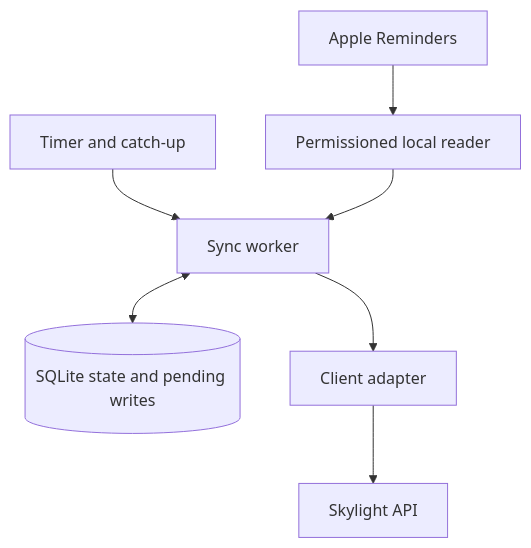
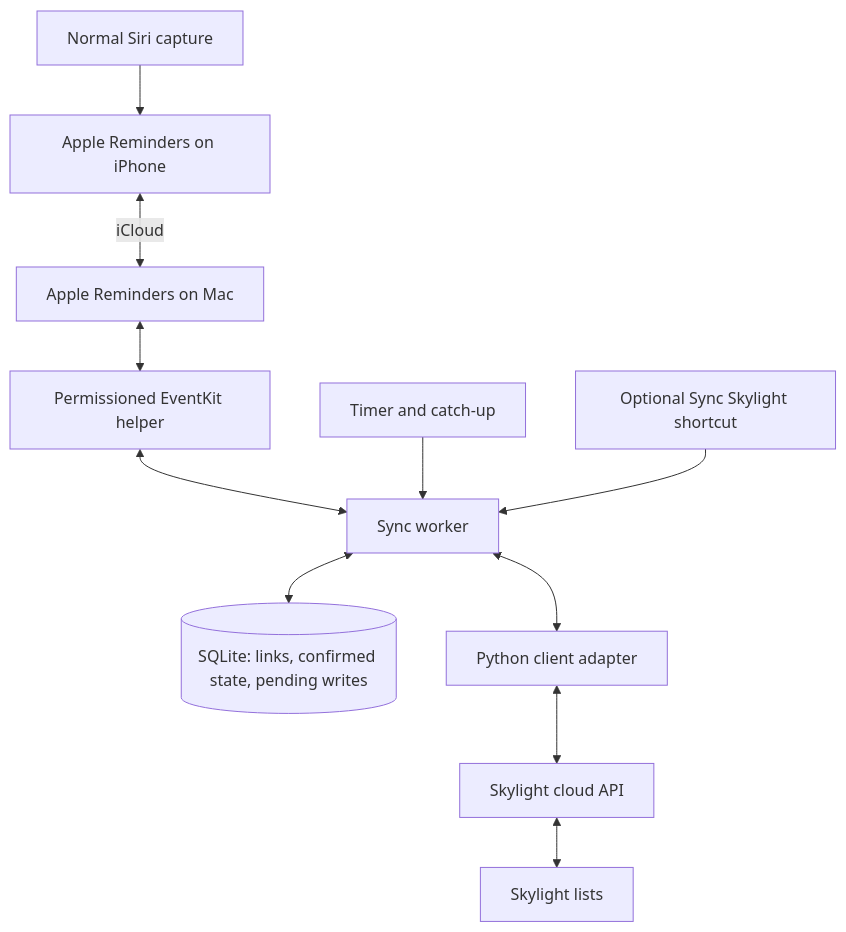
Before and after one commit to kevinmanase/skylight-calendar-client: the second of 2 diagrams in ARCHITECTURE.md, drawn with Mermaid. The commit also changed other lines of this file and 1 other file, not shown here.

Commit message:
Document automation options and rough Reminders sync design

````diff
--- a/ARCHITECTURE.md
+++ b/ARCHITECTURE.md
@@ -19,9 +47,13 @@
 ```mermaid
 flowchart TD
-    R["Apple Reminders"] --> H["Permissioned local reader"]
-    T["Timer and catch-up"] --> W["Sync worker"]
-    H --> W
-    W <--> S[("SQLite state and pending writes")]
-    W --> C["Client adapter"]
-    C --> A["Skylight API"]
+    V["Normal Siri capture"] --> P["Apple Reminders on iPhone"]
+    P <-->|"iCloud"| M["Apple Reminders on Mac"]
+    M <--> H["Permissioned EventKit helper"]
+    H <--> W["Sync worker"]
+    T["Timer and catch-up"] --> W
+    Q["Optional Sync Skylight shortcut"] --> W
+    W <--> S[("SQLite: links, confirmed state, pending writes")]
+    W <--> C["Python client adapter"]
+    C <--> A["Skylight cloud API"]
+    A <--> D["Skylight lists"]
 ```
````
